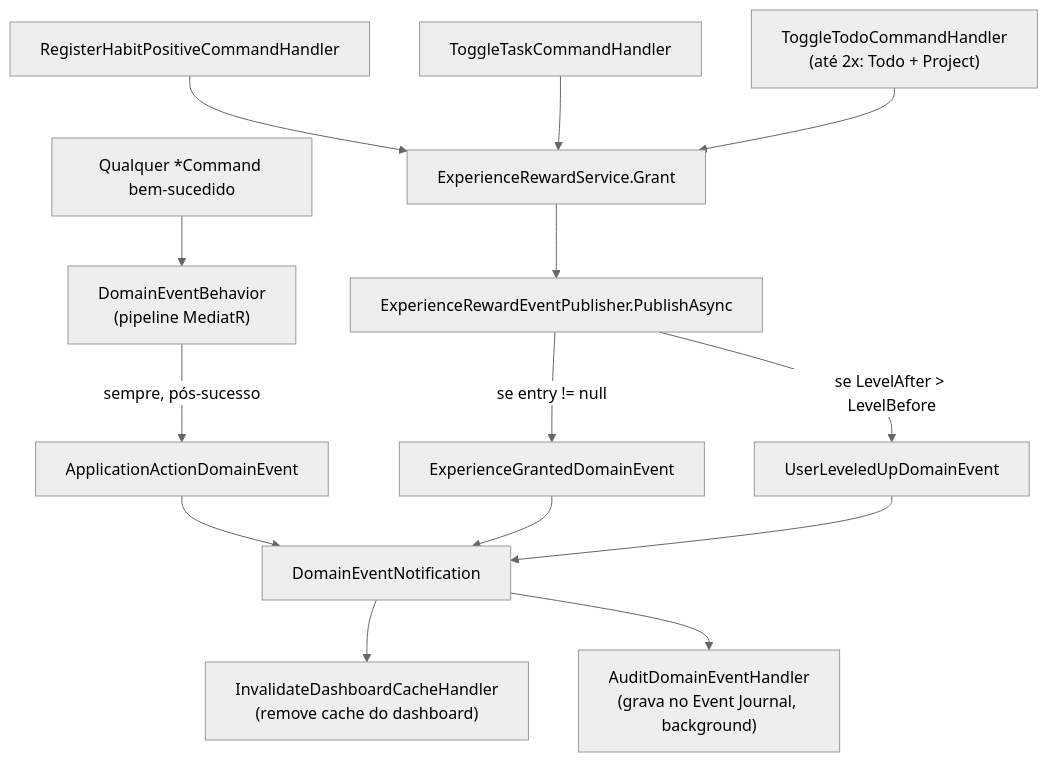
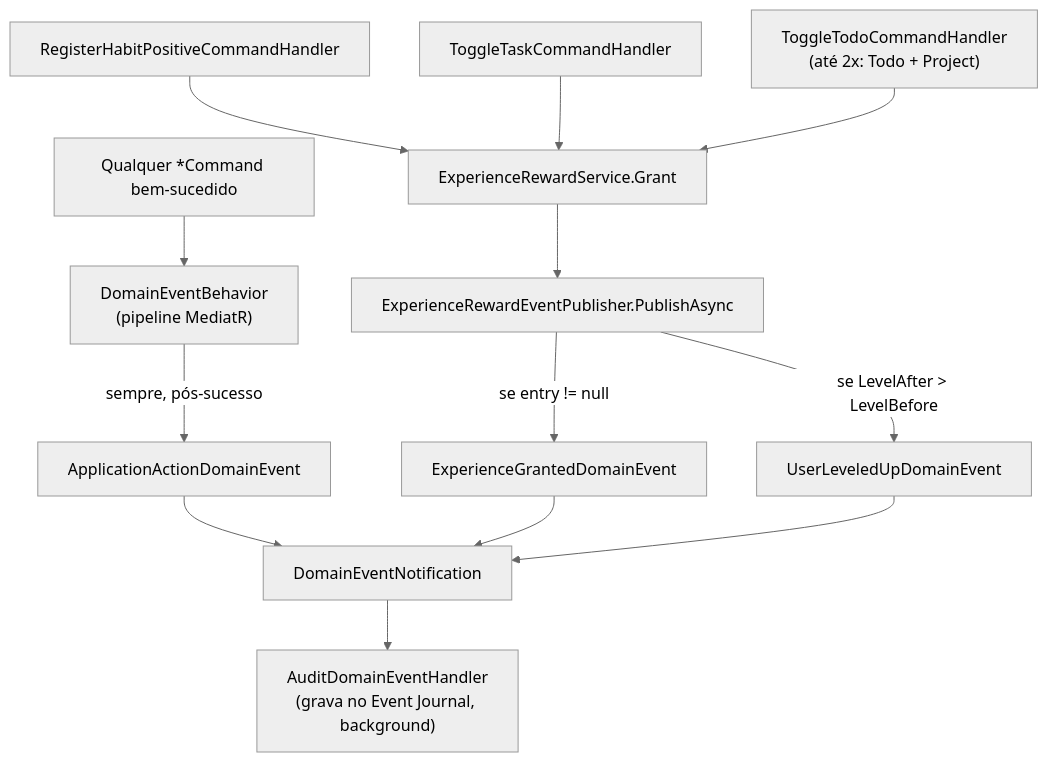
The diagram in docs/domain/domain-events.md (DS-Asyst/BeeDay), drawn with Mermaid (neutral theme) before and after one commit. The commit also changed other lines of this file and 13 other files, not shown here.

````diff
--- a/docs/domain/domain-events.md
+++ b/docs/domain/domain-events.md
@@ -93,19 +96,18 @@
 ```mermaid
 flowchart TD
     Cmd["Qualquer *Command bem-sucedido"] --> DEB["DomainEventBehavior<br/>(pipeline MediatR)"]
     DEB -->|sempre, pós-sucesso| AAE["ApplicationActionDomainEvent"]
 
     HabitPos["RegisterHabitPositiveCommandHandler"] --> Grant["ExperienceRewardService.Grant"]
     TaskToggle["ToggleTaskCommandHandler"] --> Grant
     TodoToggle["ToggleTodoCommandHandler<br/>(até 2x: Todo + Project)"] --> Grant
     Grant --> Pub["ExperienceRewardEventPublisher.PublishAsync"]
     Pub -->|se entry != null| EGE["ExperienceGrantedDomainEvent"]
     Pub -->|se LevelAfter > LevelBefore| ULE["UserLeveledUpDomainEvent"]
 
     AAE --> Notif["DomainEventNotification"]
     EGE --> Notif
     ULE --> Notif
 
-    Notif --> Cache["InvalidateDashboardCacheHandler<br/>(remove cache do dashboard)"]
     Notif --> Audit["AuditDomainEventHandler<br/>(grava no Event Journal, background)"]
 ```
````
